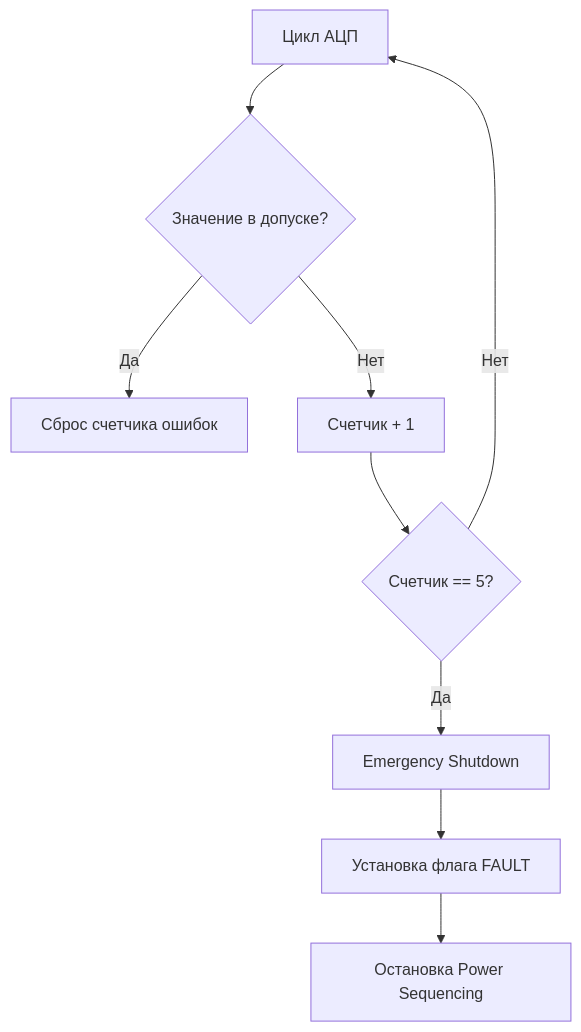
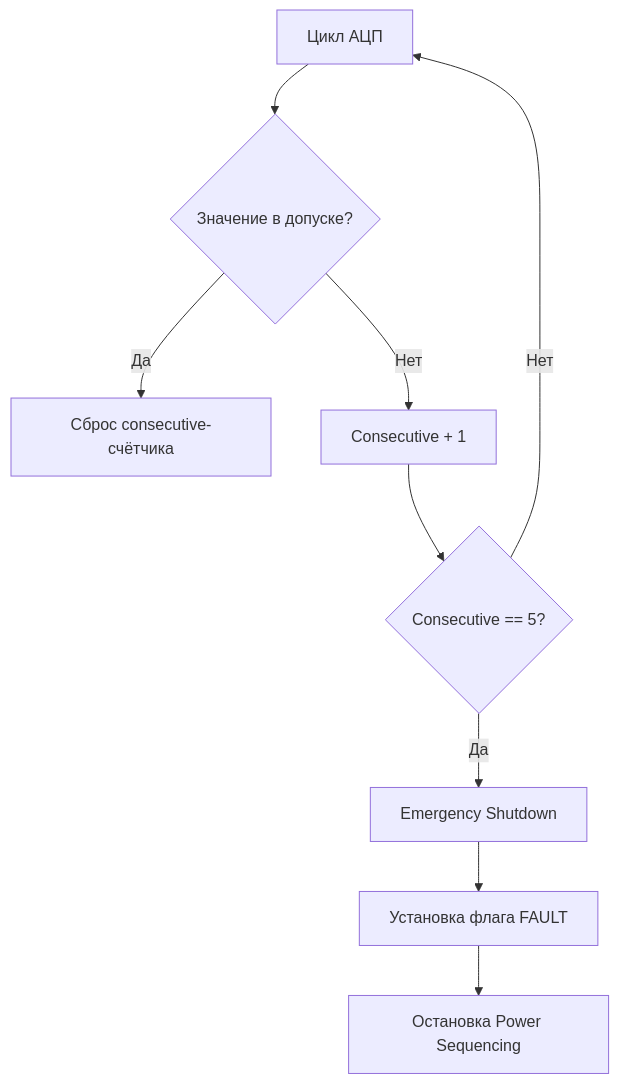
Before and after one commit to n-korel/power_controller: the third of 4 diagrams in POWER_Controller.md, drawn with Mermaid. The commit also changed other lines of this file and 1 other file, not shown here.

````diff
--- a/POWER_Controller.md
+++ b/POWER_Controller.md
@@ -85,11 +141,11 @@
 ```mermaid
 flowchart TD
     A[Цикл АЦП] --> B{Значение в допуске?}
-    B -- Да --> C[Сброс счетчика ошибок]
-    B -- Нет --> D[Счетчик + 1]
-    D --> E{Счетчик == 5?}
+    B -- Да --> C[Сброс consecutive-счётчика]
+    B -- Нет --> D[Consecutive + 1]
+    D --> E{Consecutive == 5?}
     E -- Нет --> A
     E -- Да --> F[Emergency Shutdown]
     F --> G[Установка флага FAULT]
     G --> H[Остановка Power Sequencing]
 ```
````
